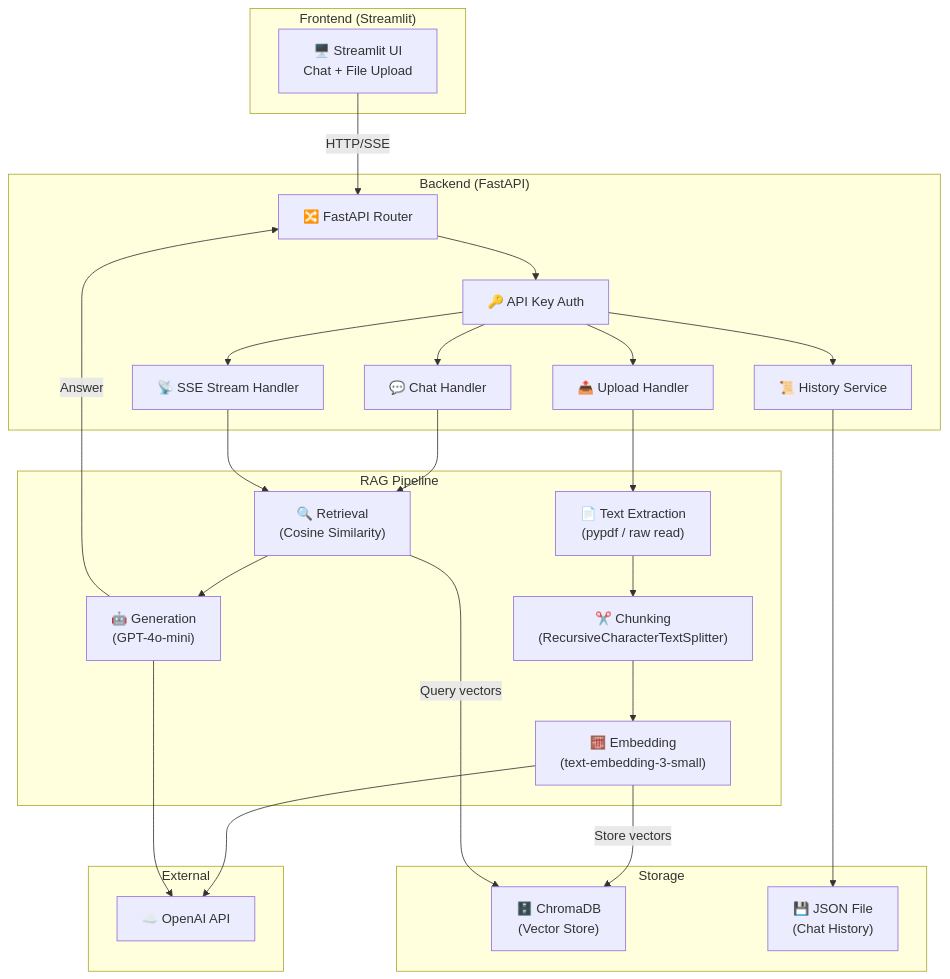
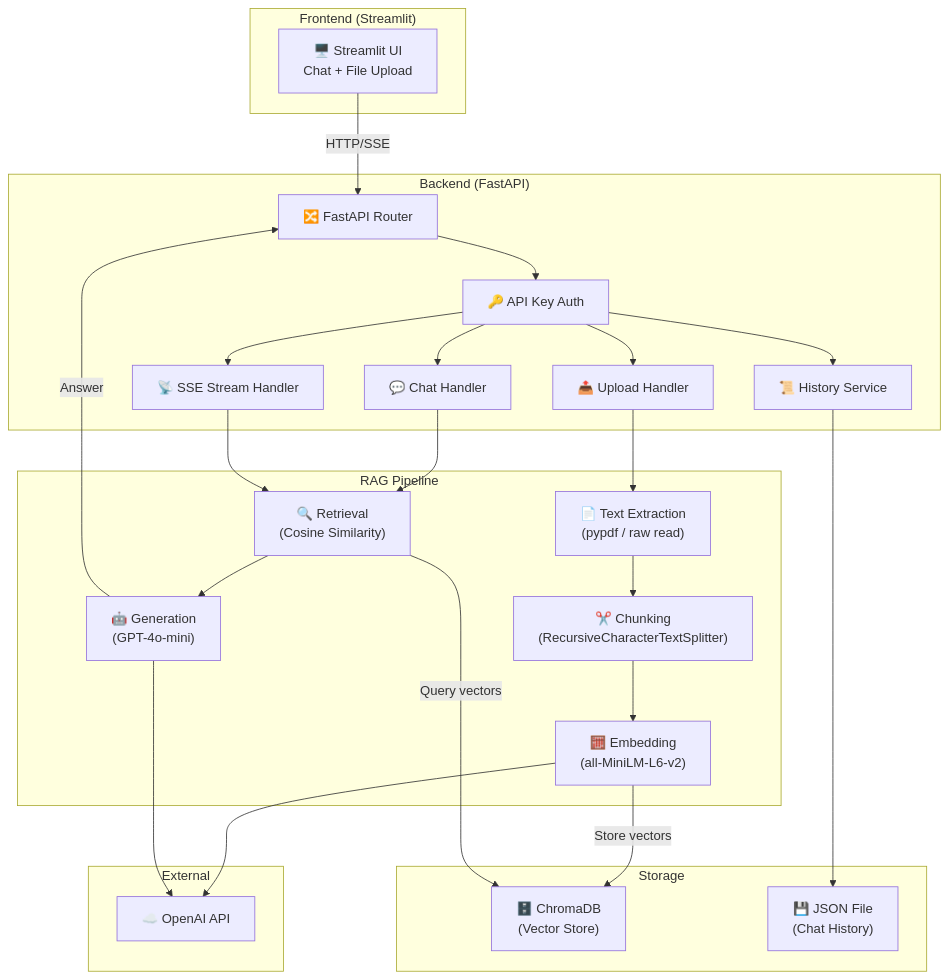
The first of 2 diagrams in ARCHITECTURE.md (anupam-hegde/simple-RAG), drawn with Mermaid before and after one commit. The commit also changed other lines of this file and 4 other files, not shown here.

````diff
--- a/ARCHITECTURE.md
+++ b/ARCHITECTURE.md
@@ -5,54 +5,54 @@
 ```mermaid
 graph TB
     subgraph "Frontend (Streamlit)"
         UI["🖥️ Streamlit UI<br/>Chat + File Upload"]
     end
 
     subgraph "Backend (FastAPI)"
         API["🔀 FastAPI Router"]
         AUTH["🔑 API Key Auth"]
         UPLOAD["📤 Upload Handler"]
         CHAT["💬 Chat Handler"]
         STREAM["📡 SSE Stream Handler"]
         HISTORY["📜 History Service"]
     end
 
     subgraph "RAG Pipeline"
         EXTRACT["📄 Text Extraction<br/>(pypdf / raw read)"]
         CHUNK["✂️ Chunking<br/>(RecursiveCharacterTextSplitter)"]
-        EMBED["🧮 Embedding<br/>(text-embedding-3-small)"]
+        EMBED["🧮 Embedding<br/>(all-MiniLM-L6-v2)"]
         RETRIEVE["🔍 Retrieval<br/>(Cosine Similarity)"]
         GENERATE["🤖 Generation<br/>(GPT-4o-mini)"]
     end
 
     subgraph "Storage"
         CHROMA["🗄️ ChromaDB<br/>(Vector Store)"]
         JSON["💾 JSON File<br/>(Chat History)"]
     end
 
     subgraph "External"
         OPENAI["☁️ OpenAI API"]
     end
 
     UI --> |"HTTP/SSE"| API
     API --> AUTH
     AUTH --> UPLOAD
     AUTH --> CHAT
     AUTH --> STREAM
     AUTH --> HISTORY
 
     UPLOAD --> EXTRACT
     EXTRACT --> CHUNK
     CHUNK --> EMBED
     EMBED --> |"Store vectors"| CHROMA
 
     CHAT --> RETRIEVE
     STREAM --> RETRIEVE
     RETRIEVE --> |"Query vectors"| CHROMA
     RETRIEVE --> GENERATE
     GENERATE --> |"Answer"| API
 
     EMBED --> OPENAI
     GENERATE --> OPENAI
     HISTORY --> JSON
 ```
````
